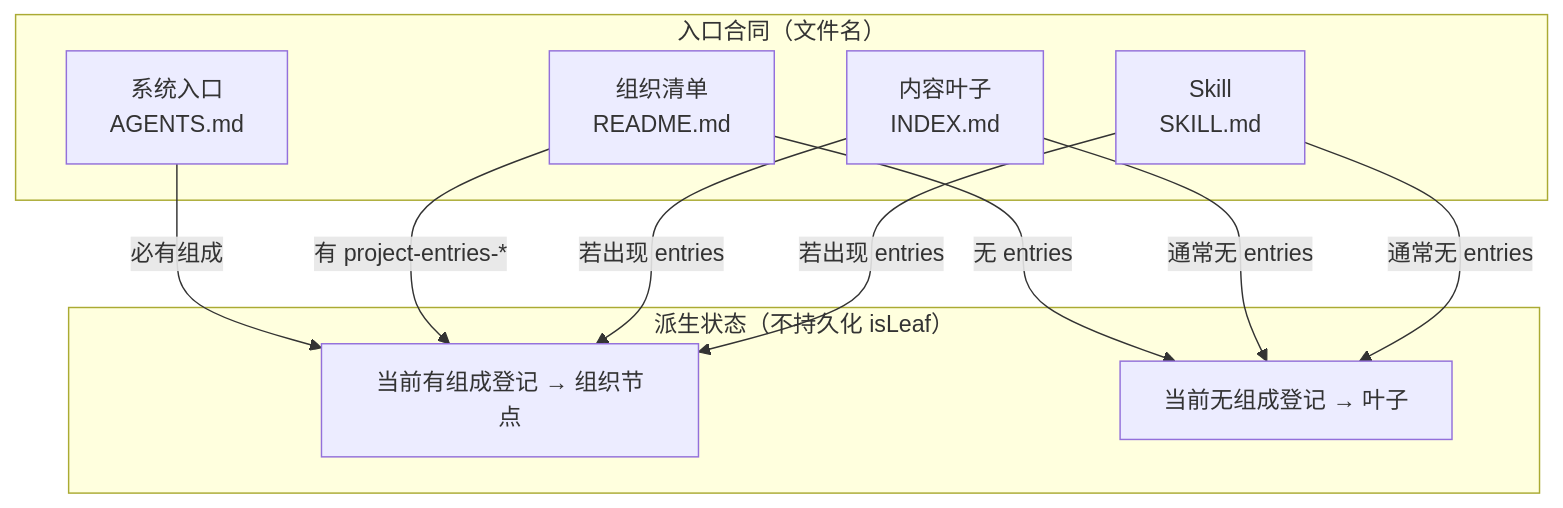
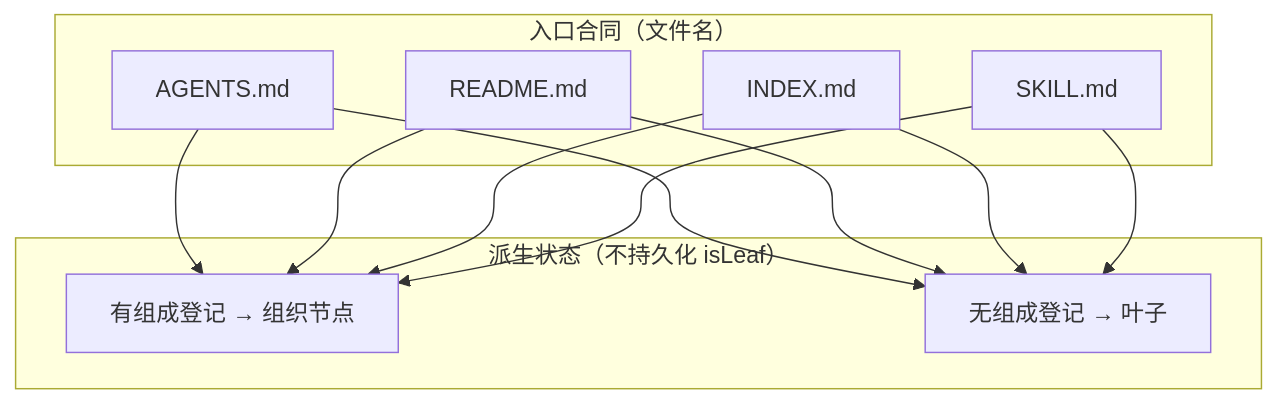
Before and after one commit to VirusPC/edges: the first of 5 diagrams in docs/superpowers/specs/2026-10-06-recursive-system-two-entries-design.md, drawn with Mermaid. The commit also changed other lines of this file and 4 other files, not shown here.

````diff
--- a/docs/superpowers/specs/2026-10-06-recursive-system-two-entries-design.md
+++ b/docs/superpowers/specs/2026-10-06-recursive-system-two-entries-design.md
@@ -19,22 +21,23 @@
 ```mermaid
 flowchart TB
   subgraph entries["入口合同（文件名）"]
-    A["系统入口<br/>AGENTS.md"]
-    R["组织清单<br/>README.md"]
-    I["内容叶子<br/>INDEX.md"]
-    S["Skill<br/>SKILL.md"]
+    A["AGENTS.md"]
+    R["README.md"]
+    I["INDEX.md"]
+    S["SKILL.md"]
   end
 
   subgraph state["派生状态（不持久化 isLeaf）"]
-    Org["当前有组成登记 → 组织节点"]
-    Leaf["当前无组成登记 → 叶子"]
+    Org["有组成登记 → 组织节点"]
+    Leaf["无组成登记 → 叶子"]
   end
 
-  A -->|必有组成| Org
-  R -->|有 project-entries-*| Org
-  R -->|无 entries| Leaf
-  I -->|通常无 entries| Leaf
-  I -->|若出现 entries| Org
-  S -->|通常无 entries| Leaf
-  S -->|若出现 entries| Org
+  A --> Org
+  A --> Leaf
+  R --> Org
+  R --> Leaf
+  I --> Org
+  I --> Leaf
+  S --> Org
+  S --> Leaf
 ```
````
